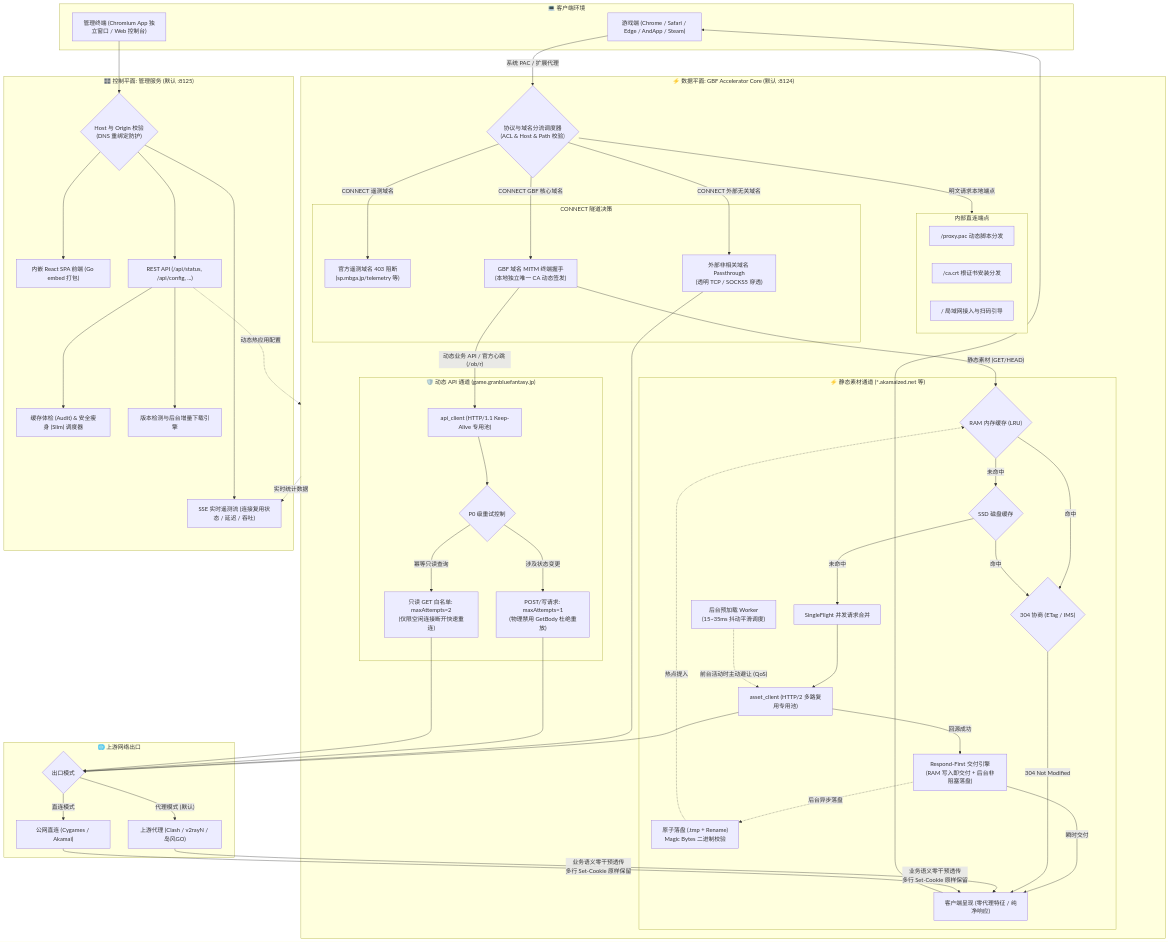
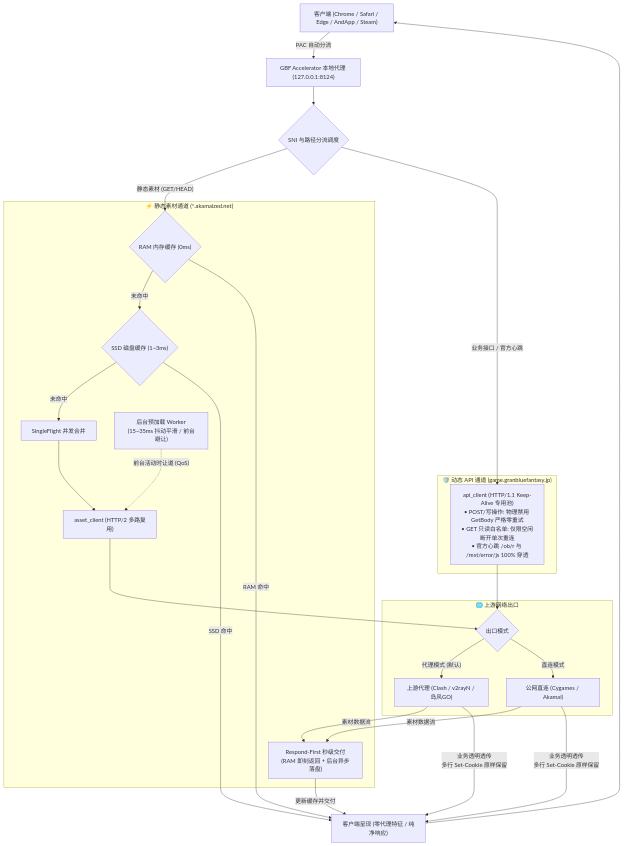
One commit to Sagisawa/GBF-Accelerator changed the diagram in README.md. Above: the diagram before and after it, drawn with Mermaid. The commit also changed other lines of this file, not shown here.

Commit message:
docs(readme): streamline mermaid data flow diagram and update core feature matrix

````diff
--- a/README.md
+++ b/README.md
@@ -30,108 +30,53 @@
 ```mermaid
 flowchart TD
-    subgraph ClientHost ["💻 客户端环境"]
-        GameClient["游戏端 (Chrome / Safari / Edge / AndApp / Steam)"]
-        UserUI["管理终端 (Chromium App 独立窗口 / Web 控制台)"]
+    Client["客户端 (Chrome / Safari / Edge / AndApp / Steam)"]
+    Proxy["GBF Accelerator 本地代理 (127.0.0.1:8124)"]
+    Dispatcher{"SNI 与路径分流调度"}
+    
+    Client -->|"PAC 自动分流"| Proxy
+    Proxy --> Dispatcher
+
+    subgraph AssetChannel ["⚡ 静态素材通道 (*.akamaized.net)"]
+        RAMCheck{"RAM 内存缓存 (0ms)"}
+        DiskCheck{"SSD 磁盘缓存 (1~3ms)"}
+        SingleFlight["SingleFlight 并发合并"]
+        AssetClient["asset_client (HTTP/2 多路复用)"]
+        CacheStore["Respond-First 秒级交付<br/>(RAM 即刻返回 + 后台异步落盘)"]
+        PrefetchWorker["后台预加载 Worker<br/>(15~35ms 抖动平滑 / 前台避让)"]
+        
+        RAMCheck -->|"未命中"| DiskCheck
+        DiskCheck -->|"未命中"| SingleFlight
+        SingleFlight --> AssetClient
+        PrefetchWorker -.->|"前台活动时让道 (QoS)"| AssetClient
     end
 
-    subgraph DataPlane ["⚡ 数据平面: GBF Accelerator Core (默认 :8124)"]
-        Dispatcher{"协议与域名分流调度器<br/>(ACL & Host & Path 校验)"}
-        
-        subgraph LocalEndpoints ["内部直连端点"]
-            PACServer["/proxy.pac 动态脚本分发"]
-            CAServer["/ca.crt 根证书安装分发"]
-            LANGuide["/ 局域网接入与扫码引导"]
-        end
-
-        subgraph TunnelRoutes ["CONNECT 隧道决策"]
-            Block403["官方遥测域名 403 阻断<br/>(sp.mbga.jp/telemetry 等)"]
-            Passthrough["外部非相关域名 Passthrough<br/>(透明 TCP / SOCKS5 穿透)"]
-            MITM["GBF 域名 MITM 终端握手<br/>(本地独立唯一 CA 动态签发)"]
-        end
-
-        subgraph AssetChannel ["⚡ 静态素材通道 (*.akamaized.net 等)"]
-            RAMCheck{"RAM 内存缓存 (LRU)"}
-            DiskCheck{"SSD 磁盘缓存"}
-            CondCheck{"304 协商 (ETag / IMS)"}
-            SingleFlight["SingleFlight 并发请求合并"]
-            AssetClient["asset_client (HTTP/2 多路复用专用池)"]
-            RespondFirst["Respond-First 交付引擎<br/>(RAM 写入即交付 + 后台非阻塞落盘)"]
-            DiskStore["原子落盘 (.tmp + Rename)<br/>Magic Bytes 二进制校验"]
-            PrefetchWorker["后台预加载 Worker<br/>(15~35ms 抖动平滑调度)"]
-
-            RAMCheck -->|"未命中"| DiskCheck
-            RAMCheck -->|"命中"| CondCheck
-            DiskCheck -->|"命中"| CondCheck
-            DiskCheck -->|"未命中"| SingleFlight
-            SingleFlight --> AssetClient
-            AssetClient -->|"回源成功"| RespondFirst
-            RespondFirst -->|"瞬时交付"| ResponseDeliver
-            RespondFirst -.->|"后台异步落盘"| DiskStore
-            DiskStore -.->|"热点提入"| RAMCheck
-            PrefetchWorker -.->|"前台活动时主动避让 (QoS)"| AssetClient
-        end
-
-        subgraph APIChannel ["🛡️ 动态 API 通道 (game.granbluefantasy.jp)"]
-            APIClient["api_client (HTTP/1.1 Keep-Alive 专用池)"]
-            RetryPolicy{"P0 级重试控制"}
-            WriteZero["POST/写请求: maxAttempts=1<br/>(物理禁用 GetBody 杜绝重放)"]
-            SafeRetry["只读 GET 白名单: maxAttempts=2<br/>(仅限空闲连接断开快速重连)"]
-
-            APIClient --> RetryPolicy
-            RetryPolicy -->|"涉及状态变更"| WriteZero
-            RetryPolicy -->|"幂等只读查询"| SafeRetry
-        end
-    end
-
-    subgraph ControlPlane ["🎛️ 控制平面: 管理服务 (默认 :8125)"]
-        DNSRebind{"Host 与 Origin 校验<br/>(DNS 重绑定防护)"}
-        WebSPA["内嵌 React SPA 前端 (Go embed 打包)"]
-        RestAPI["REST API (/api/status, /api/config, ...)"]
-        SSEStream["SSE 实时遥测流 (连接复用状态 / 延迟 / 吞吐)"]
-        CacheMaint["缓存体检 (Audit) & 安全瘦身 (Slim) 调度器"]
-        AutoUpdater["版本检测与后台增量下载引擎"]
-
-        UserUI --> DNSRebind
-        DNSRebind --> WebSPA
-        DNSRebind --> RestAPI
-        DNSRebind --> SSEStream
-        RestAPI --> CacheMaint
-        RestAPI --> AutoUpdater
+    subgraph APIChannel ["🛡️ 动态 API 通道 (game.granbluefantasy.jp)"]
+        APIClient["api_client (HTTP/1.1 Keep-Alive 专用池)<br/>• POST/写操作: 物理禁用 GetBody 严格零重试<br/>• GET 只读白名单: 仅限空闲断开单次重连<br/>• 官方心跳 /ob/r 与 /rest/error/js 100% 穿透"]
     end
 
     subgraph UpstreamGateway ["🌐 上游网络出口"]
         UpstreamMode{"出口模式"}
         UpstreamProxy["上游代理 (Clash / v2rayN / 岛风GO)"]
         DirectNet["公网直连 (Cygames / Akamai)"]
-
+        
         UpstreamMode -->|"代理模式 (默认)"| UpstreamProxy
         UpstreamMode -->|"直连模式"| DirectNet
     end
 
-    %% 客户端连接
-    GameClient -->|"系统 PAC / 扩展代理"| Dispatcher
-    
-    %% 分流逻辑
-    Dispatcher -->|"明文请求本地端点"| LocalEndpoints
-    Dispatcher -->|"CONNECT 遥测域名"| Block403
-    Dispatcher -->|"CONNECT 外部无关域名"| Passthrough
-    Dispatcher -->|"CONNECT GBF 核心域名"| MITM
-    
-    MITM -->|"静态素材 (GET/HEAD)"| RAMCheck
-    MITM -->|"动态业务 API / 官方心跳 (/ob/r)"| APIClient
+    Dispatcher -->|"静态素材 (GET/HEAD)"| RAMCheck
+    Dispatcher -->|"业务接口 / 官方心跳"| APIClient
 
-    Passthrough --> UpstreamMode
-    WriteZero --> UpstreamMode
-    SafeRetry --> UpstreamMode
     AssetClient --> UpstreamMode
+    APIClient --> UpstreamMode
 
-    %% 交付流
-    CondCheck -->|"304 Not Modified"| ResponseDeliver["客户端呈现 (零代理特征 / 纯净响应)"]
-    UpstreamProxy -->|"业务语义零干预透传<br/>多行 Set-Cookie 原样保留"| ResponseDeliver
-    DirectNet -->|"业务语义零干预透传<br/>多行 Set-Cookie 原样保留"| ResponseDeliver
-    ResponseDeliver --> GameClient
+    UpstreamProxy -->|"素材数据流"| CacheStore
+    DirectNet -->|"素材数据流"| CacheStore
+    CacheStore -->|"更新缓存并交付"| ResponseDeliver["客户端呈现 (零代理特征 / 纯净响应)"]
 
-    %% 控制面与数据面协同
-    DataPlane -.->|"实时统计数据"| SSEStream
-    RestAPI -.->|"动态热应用配置"| DataPlane
+    RAMCheck -->|"RAM 命中"| ResponseDeliver
+    DiskCheck -->|"SSD 命中"| ResponseDeliver
+
+    UpstreamProxy -->|"业务透明透传<br/>多行 Set-Cookie 原样保留"| ResponseDeliver
+    DirectNet -->|"业务透明透传<br/>多行 Set-Cookie 原样保留"| ResponseDeliver
+    ResponseDeliver --> Client
 ```
````
